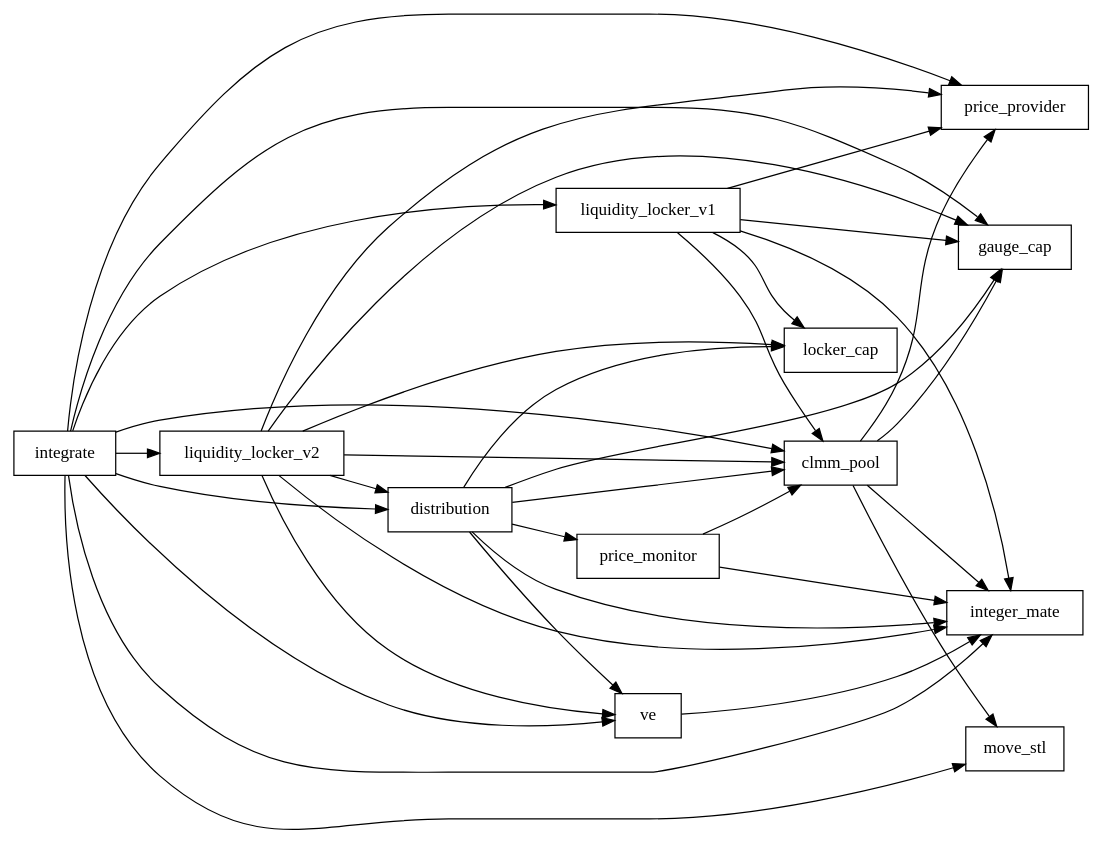
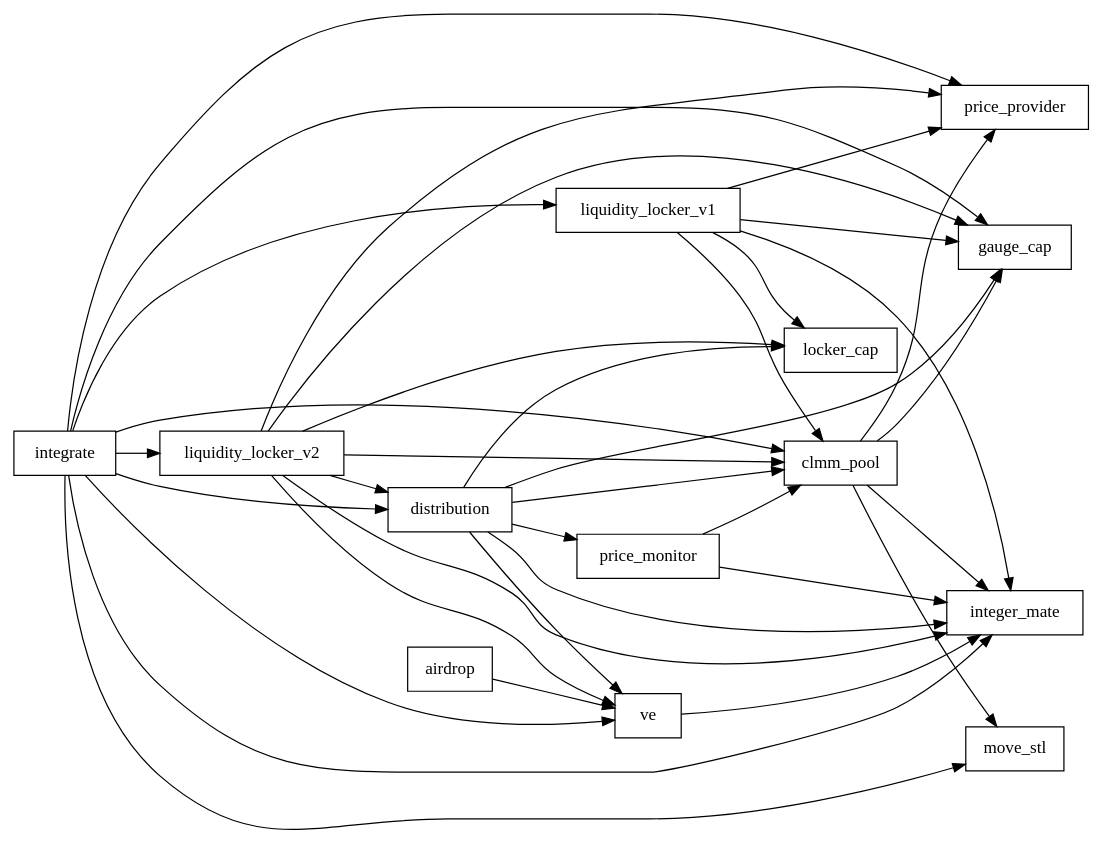
One commit to LFBuild/FullSail-SC changed the diagram in dependency_graph.dot. Above: the diagram before and after it, drawn with Graphviz. The commit also changed 24 other files, not shown here.

```diff
--- a/dependency_graph.dot
+++ b/dependency_graph.dot
@@ -1,55 +1,57 @@
 digraph Dependencies {
     rankdir=LR;
     node [shape=box];
 
     // Nodes with no incoming dependencies
     "integrate";
 
     // Dependency relationships:
     "clmm_pool"    -> "price_provider"
     "integrate"    -> "price_provider"
 
     "integrate"    -> "liquidity_locker_v1"
     "integrate"    -> "liquidity_locker_v2"
 
     "liquidity_locker_v1" -> "clmm_pool"
     "liquidity_locker_v1" -> "integer_mate"
     "liquidity_locker_v1" -> "price_provider"
     "liquidity_locker_v1" -> "gauge_cap"
     "liquidity_locker_v1" -> "locker_cap"
 
 
     "liquidity_locker_v2" -> "clmm_pool"
     "liquidity_locker_v2" -> "integer_mate"
     "liquidity_locker_v2" -> "price_provider"
     "liquidity_locker_v2" -> "gauge_cap"
     "liquidity_locker_v2" -> "distribution"
     "liquidity_locker_v2" -> "locker_cap"
 
 
     "distribution" -> "clmm_pool";
     "integrate"    -> "clmm_pool";
     "integrate"    -> "distribution";
 
     "clmm_pool"    -> "move_stl";
     "integrate"    -> "move_stl";
 
     "clmm_pool"    -> "integer_mate";
     "integrate"    -> "integer_mate";
     "distribution"  -> "integer_mate";
 
     "clmm_pool"    -> "gauge_cap";
     "distribution" -> "gauge_cap";
     "integrate"    -> "gauge_cap";
     "distribution" -> "locker_cap"
 
     "price_monitor" -> "clmm_pool"
     "price_monitor" -> "integer_mate"
     "distribution" -> "price_monitor"
 
     "ve" -> "integer_mate"
     "distribution" -> "ve"
     "integrate" -> "ve"
     "liquidity_locker_v2" -> "ve"
 
+    "airdrop" -> "ve"
+
 }
```
